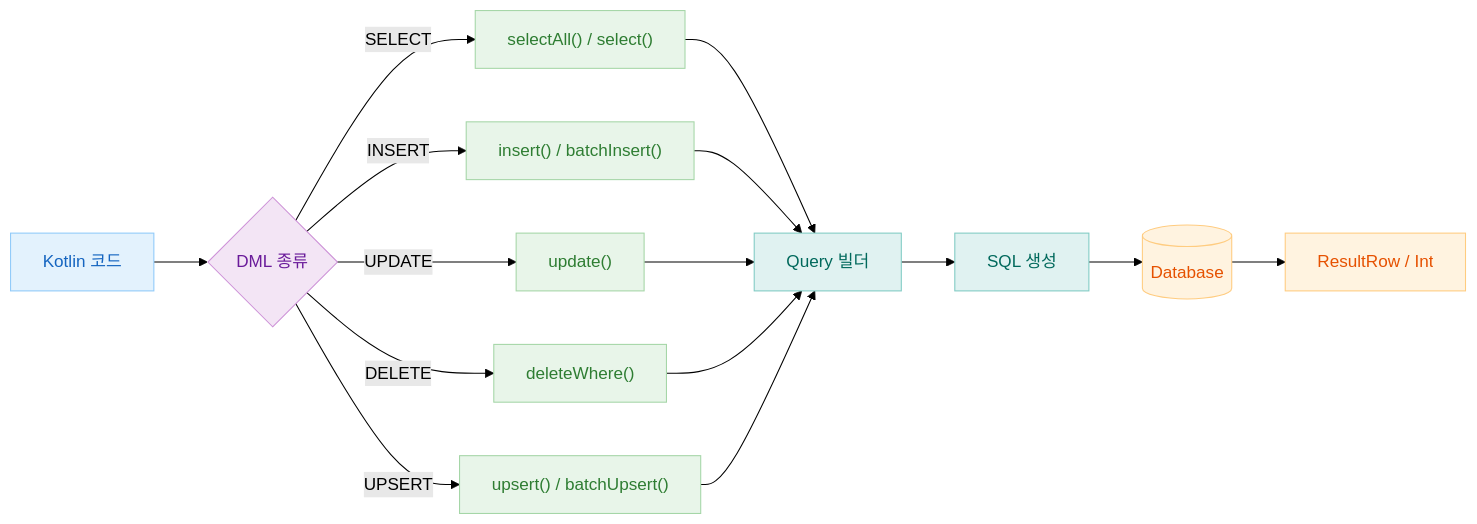
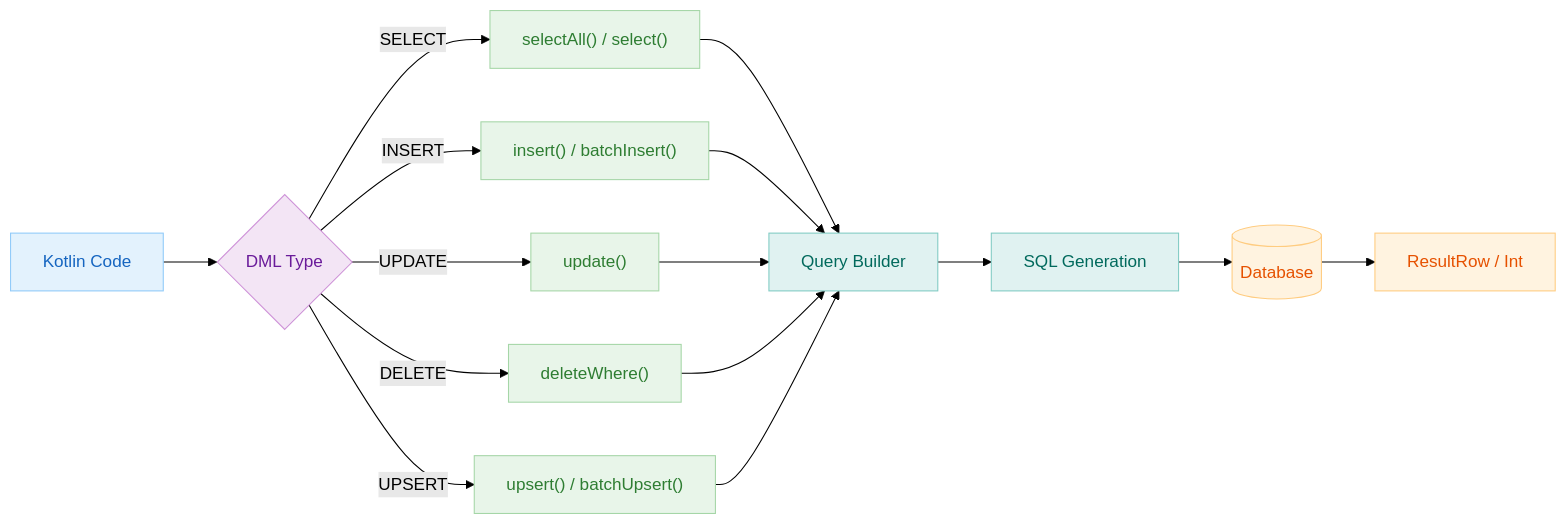
One commit to bluetape4k/exposed-workshop changed the first of 3 diagrams in 05-exposed-dml/01-dml/README.md. Above: the diagram before and after it, drawn with Mermaid (forest theme). The commit also changed other lines of this file and 115 other files, not shown here.

````diff
--- a/05-exposed-dml/01-dml/README.md
+++ b/05-exposed-dml/01-dml/README.md
@@ -96,29 +98,29 @@
 ```mermaid
 flowchart LR
-    A[Kotlin 코드] --> B{DML 종류}
+    A[Kotlin Code] --> B{DML Type}
     B -->|SELECT| C["selectAll() / select()"]
     B -->|INSERT| D["insert() / batchInsert()"]
     B -->|UPDATE| E["update()"]
     B -->|DELETE| F["deleteWhere()"]
     B -->|UPSERT| G["upsert() / batchUpsert()"]
-    C --> H[Query 빌더]
+    C --> H[Query Builder]
     D --> H
     E --> H
     F --> H
     G --> H
-    H --> I[SQL 생성]
+    H --> I[SQL Generation]
     I --> J[(Database)]
     J --> K[ResultRow / Int]
 
     classDef blue fill:#E3F2FD,stroke:#90CAF9,color:#1565C0
     classDef green fill:#E8F5E9,stroke:#A5D6A7,color:#2E7D32
     classDef purple fill:#F3E5F5,stroke:#CE93D8,color:#6A1B9A
     classDef orange fill:#FFF3E0,stroke:#FFCC80,color:#E65100
     classDef teal fill:#E0F2F1,stroke:#80CBC4,color:#00695C
 
     class A blue
     class B purple
     class C,D,E,F,G green
     class H,I teal
     class J,K orange
 ```
````
